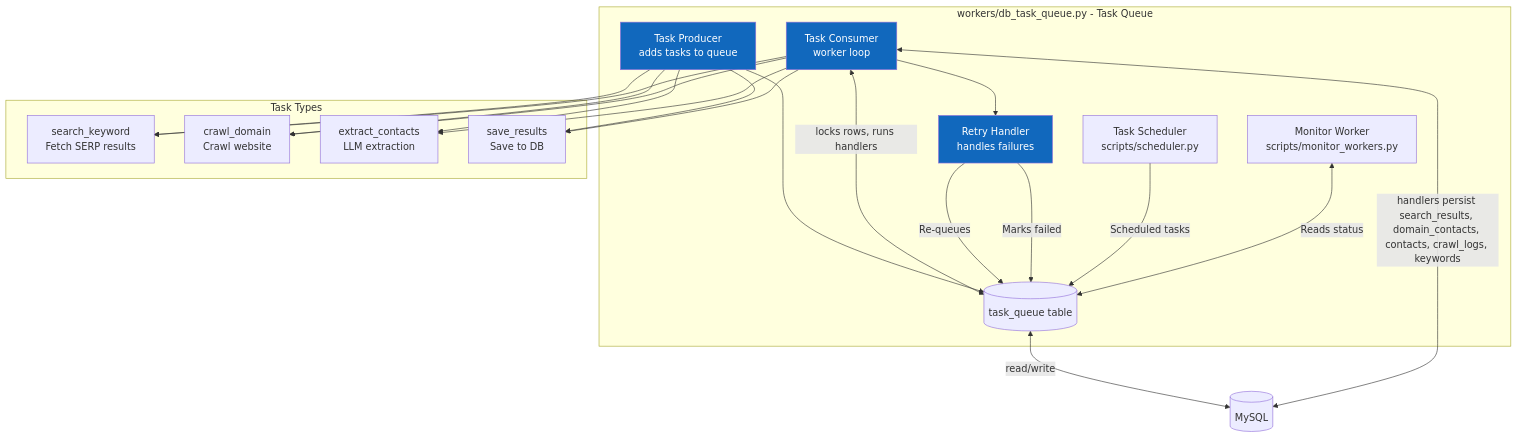
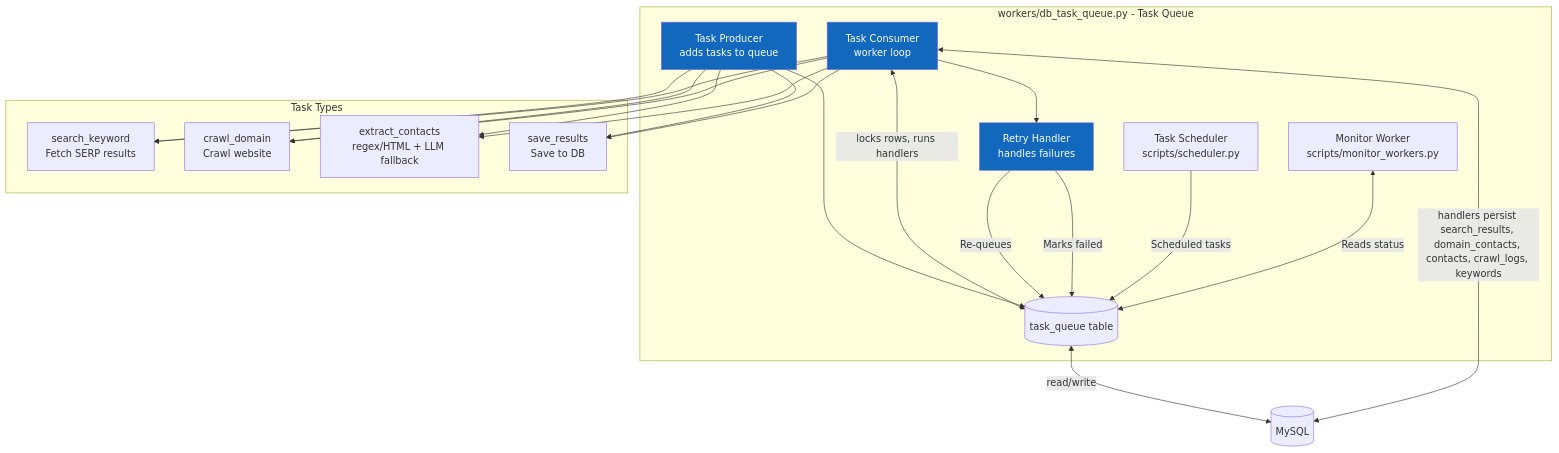
The fifth of 8 diagrams in doc/C4_ARCHITECTURE.md (hauptmann1971/b2b-contact-miner), drawn with Mermaid before and after one commit. The commit also changed other lines of this file and 1 other file, not shown here.

Commit message:
docs(c4): document regex-first extraction with LLM fallback

````diff
--- a/doc/C4_ARCHITECTURE.md
+++ b/doc/C4_ARCHITECTURE.md
@@ -205,41 +205,41 @@
 ```mermaid
 graph TB
     subgraph "workers/db_task_queue.py - Task Queue"
         TaskProducer[Task Producer<br/>adds tasks to queue] --> TaskTable[(task_queue table)]
         
         TaskConsumer[Task Consumer<br/>worker loop] <-->|locks rows, runs handlers| TaskTable
         TaskConsumer --> RetryHandler[Retry Handler<br/>handles failures]
         
         RetryHandler -->|Re-queues| TaskTable
         RetryHandler -->|Marks failed| TaskTable
         
         TaskScheduler[Task Scheduler<br/>scripts/scheduler.py] -->|Scheduled tasks| TaskTable
         
         MonitorWorker[Monitor Worker<br/>scripts/monitor_workers.py] <-->|Reads status| TaskTable
     end
     
     MySQL_TQ[(MySQL)]
     TaskTable <-->|read/write| MySQL_TQ
     TaskConsumer <-->|handlers persist search_results, domain_contacts, contacts, crawl_logs, keywords| MySQL_TQ
     
     subgraph "Task Types"
         SearchTask[search_keyword<br/>Fetch SERP results]
         CrawlTask[crawl_domain<br/>Crawl website]
-        ExtractTask[extract_contacts<br/>LLM extraction]
+        ExtractTask[extract_contacts<br/>regex/HTML + LLM fallback]
         SaveTask[save_results<br/>Save to DB]
     end
     
     TaskProducer --> SearchTask
     TaskProducer --> CrawlTask
     TaskProducer --> ExtractTask
     TaskProducer --> SaveTask
     
     TaskConsumer --> SearchTask
     TaskConsumer --> CrawlTask
     TaskConsumer --> ExtractTask
     TaskConsumer --> SaveTask
     
     style TaskConsumer fill:#1168bd,color:#fff
     style TaskProducer fill:#1168bd,color:#fff
     style RetryHandler fill:#1168bd,color:#fff
 ```
````
